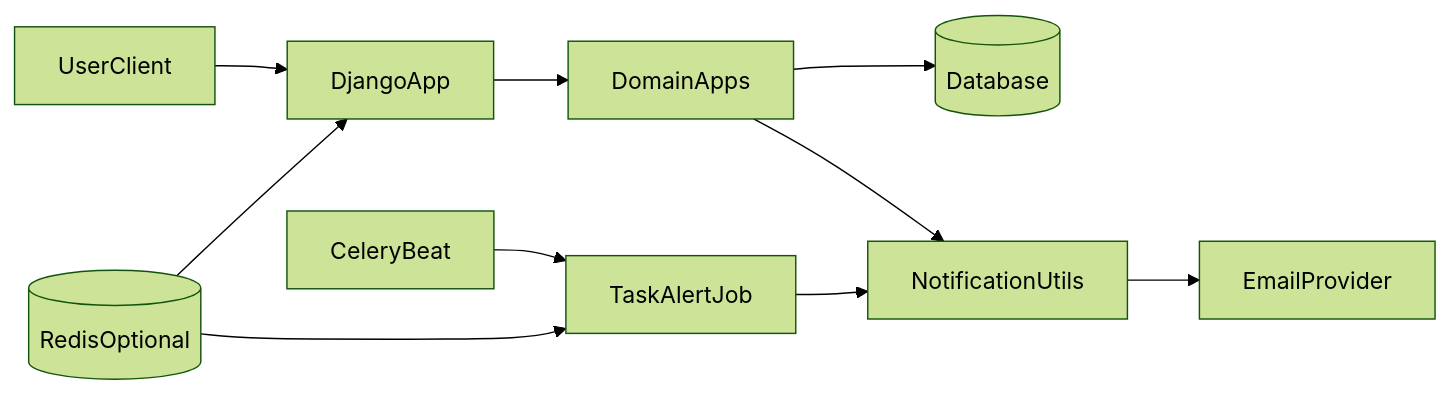
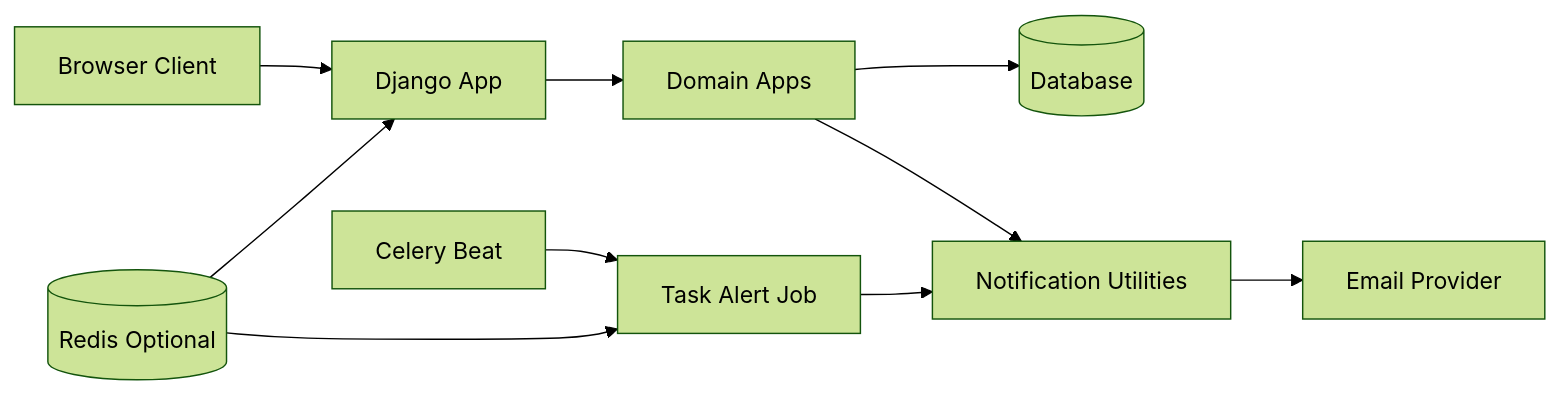
Before and after one commit to gemnightfox/WebPlant: the diagram in docs/architecture.md, drawn with Mermaid (forest theme). The commit also changed other lines of this file and 6 other files, not shown here.

````diff
--- a/docs/architecture.md
+++ b/docs/architecture.md
@@ -58,12 +65,12 @@
 ```mermaid
 flowchart LR
-    UserClient[UserClient] --> DjangoApp[DjangoApp]
-    DjangoApp --> DomainApps[DomainApps]
+    UserClient[Browser Client] --> DjangoApp[Django App]
+    DjangoApp --> DomainApps[Domain Apps]
     DomainApps --> Database[(Database)]
-    DomainApps --> NotificationUtils[NotificationUtils]
-    NotificationUtils --> EmailProvider[EmailProvider]
-    CeleryBeat[CeleryBeat] --> CeleryTask[TaskAlertJob]
-    CeleryTask --> NotificationUtils
-    RedisCache[(RedisOptional)] --> DjangoApp
-    RedisCache --> CeleryTask
+    DomainApps --> NotificationLayer[Notification Utilities]
+    NotificationLayer --> EmailProvider[Email Provider]
+    CeleryBeat[Celery Beat] --> ReminderTask[Task Alert Job]
+    ReminderTask --> NotificationLayer
+    Redis[(Redis Optional)] --> DjangoApp
+    Redis --> ReminderTask
 ```
````
